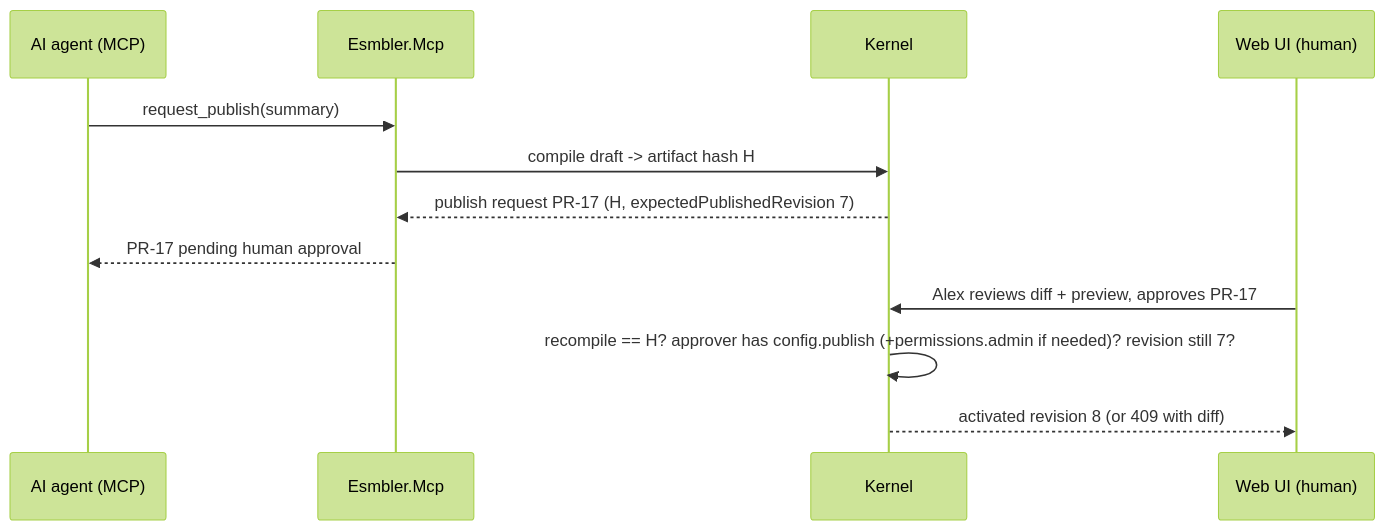
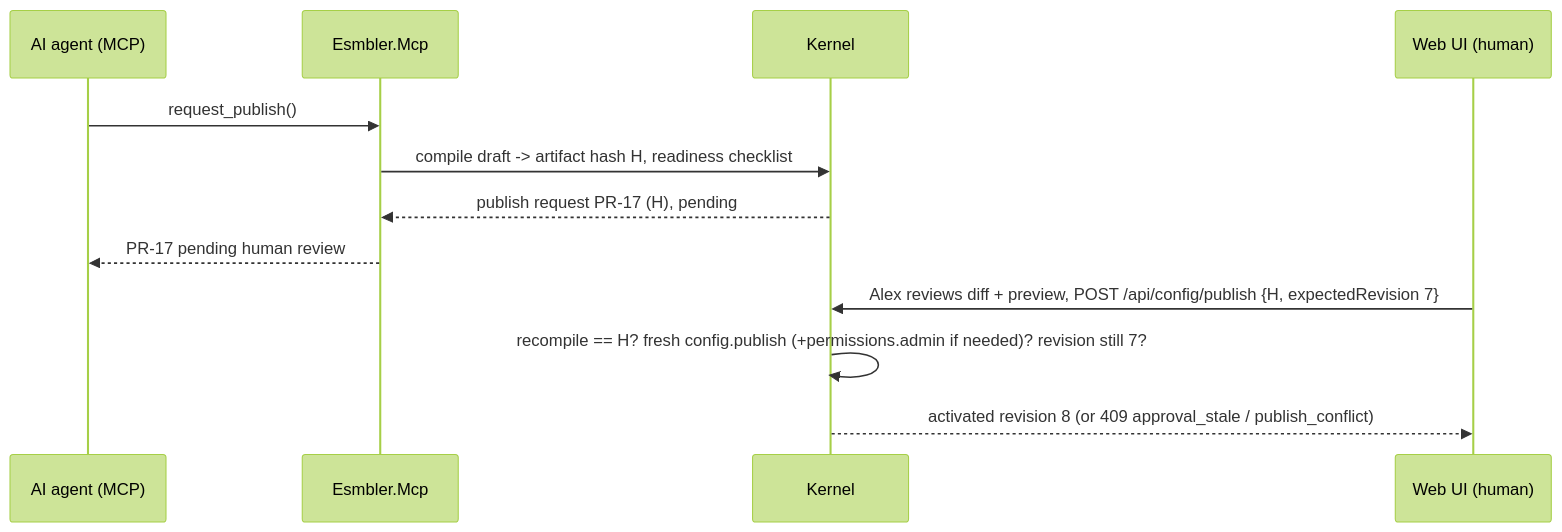
Before and after one commit to DeadEndGG/esmbler: the diagram in docs/adr/0007-mcp-server-design.md, drawn with Mermaid (forest theme). The commit also changed other lines of this file and 35 other files, not shown here.

````diff
--- a/docs/adr/0007-mcp-server-design.md
+++ b/docs/adr/0007-mcp-server-design.md
@@ -90,14 +93,14 @@
 ```mermaid
 sequenceDiagram
     participant AI as AI agent (MCP)
     participant MCP as Esmbler.Mcp
     participant K as Kernel
     participant UI as Web UI (human)
-    AI->>MCP: request_publish(summary)
-    MCP->>K: compile draft -> artifact hash H
-    K-->>MCP: publish request PR-17 (H, expectedPublishedRevision 7)
-    MCP-->>AI: PR-17 pending human approval
-    UI->>K: Alex reviews diff + preview, approves PR-17
-    K->>K: recompile == H? approver has config.publish (+permissions.admin if needed)? revision still 7?
-    K-->>UI: activated revision 8 (or 409 with diff)
+    AI->>MCP: request_publish()
+    MCP->>K: compile draft -> artifact hash H, readiness checklist
+    K-->>MCP: publish request PR-17 (H), pending
+    MCP-->>AI: PR-17 pending human review
+    UI->>K: Alex reviews diff + preview, POST /api/config/publish {H, expectedRevision 7}
+    K->>K: recompile == H? fresh config.publish (+permissions.admin if needed)? revision still 7?
+    K-->>UI: activated revision 8 (or 409 approval_stale / publish_conflict)
 ```
````
